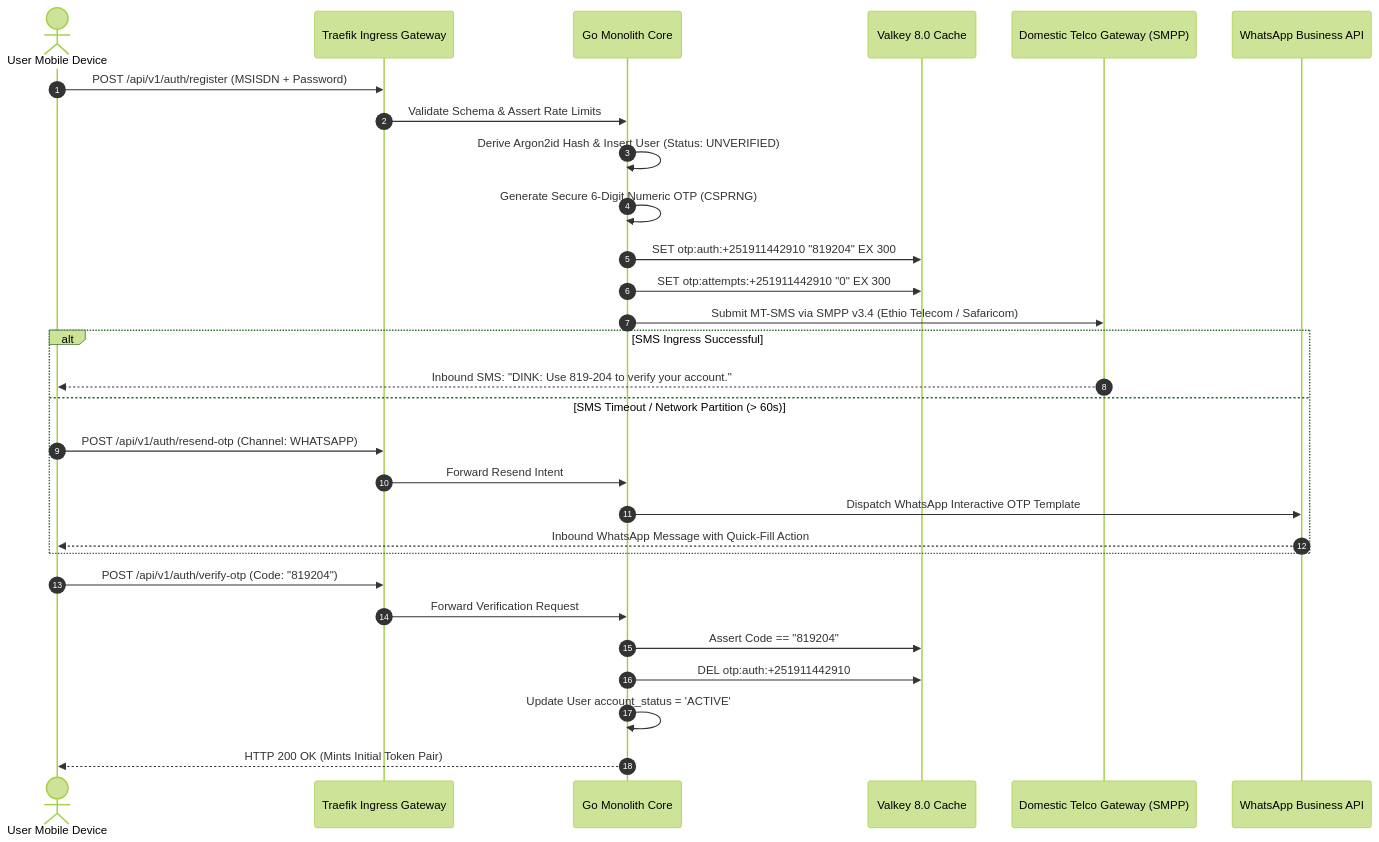
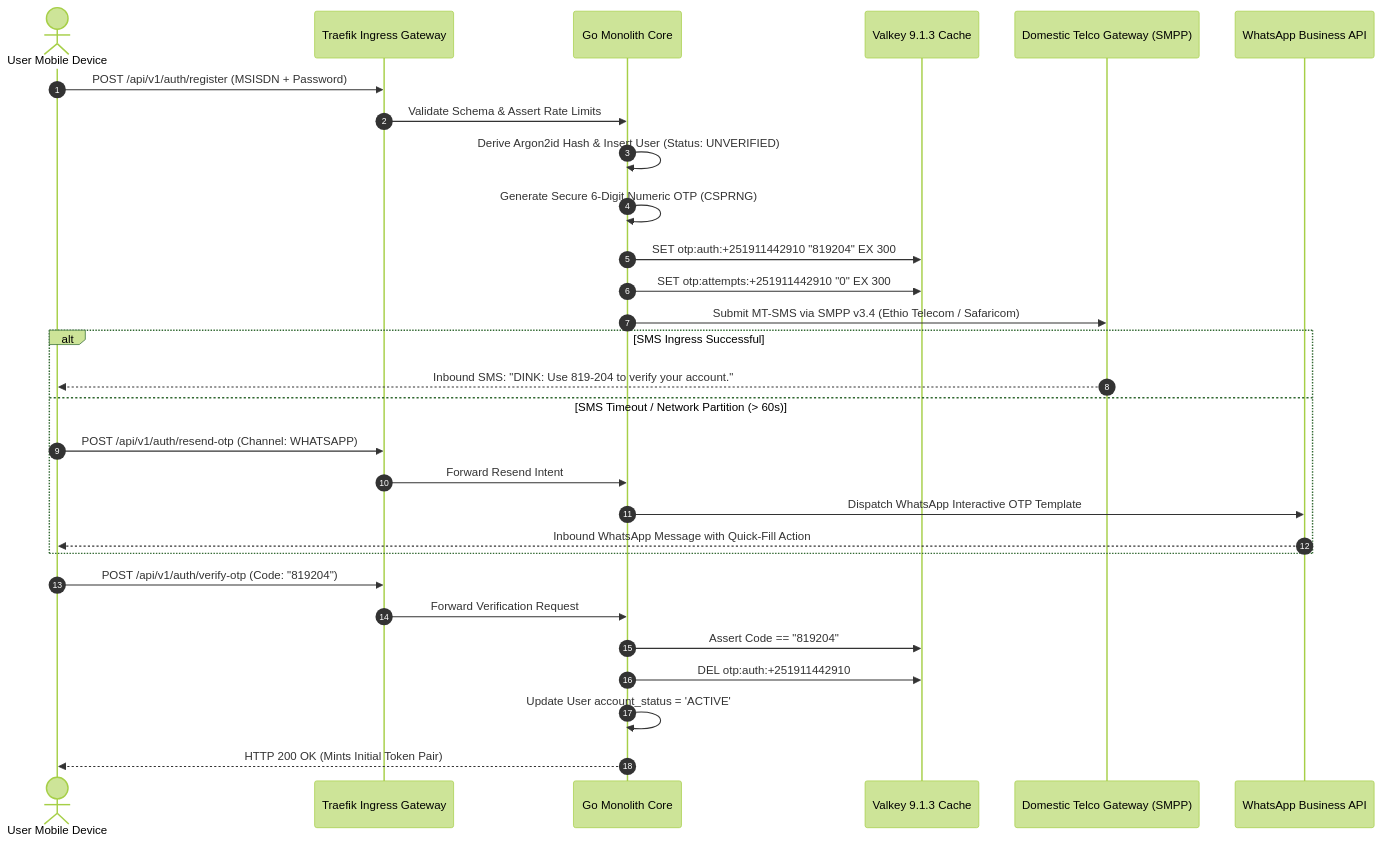
Before and after one commit to YDink/Heavy-Machinery-Logistics-Rental: the second of 4 diagrams in docs/shared/requirements/05-01-registration-authentication.md, drawn with Mermaid (forest theme). The commit also changed other lines of this file and 212 other files, not shown here.

````diff
--- a/docs/shared/requirements/05-01-registration-authentication.md
+++ b/docs/shared/requirements/05-01-registration-authentication.md
@@ -213,36 +213,36 @@
 ```mermaid
 sequenceDiagram
     autonumber
     actor User as User Mobile Device
     participant Gateway as Traefik Ingress Gateway
     participant Monolith as Go Monolith Core
-    participant Valkey as Valkey 8.0 Cache
+    participant Valkey as Valkey 9.1.3 Cache
     participant SMS as Domestic Telco Gateway (SMPP)
     participant WA as WhatsApp Business API
 
     User->>Gateway: POST /api/v1/auth/register (MSISDN + Password)
     Gateway->>Monolith: Validate Schema & Assert Rate Limits
     Monolith->>Monolith: Derive Argon2id Hash & Insert User (Status: UNVERIFIED)
     
     Monolith->>Monolith: Generate Secure 6-Digit Numeric OTP (CSPRNG)
     Monolith->>Valkey: SET otp:auth:+251911442910 "819204" EX 300
     Monolith->>Valkey: SET otp:attempts:+251911442910 "0" EX 300
     
     Monolith->>SMS: Submit MT-SMS via SMPP v3.4 (Ethio Telecom / Safaricom)
     
     alt SMS Ingress Successful
         SMS-->>User: Inbound SMS: "DINK: Use 819-204 to verify your account."
     else SMS Timeout / Network Partition (> 60s)
         User->>Gateway: POST /api/v1/auth/resend-otp (Channel: WHATSAPP)
         Gateway->>Monolith: Forward Resend Intent
         Monolith->>WA: Dispatch WhatsApp Interactive OTP Template
         WA-->>User: Inbound WhatsApp Message with Quick-Fill Action
     end
 
     User->>Gateway: POST /api/v1/auth/verify-otp (Code: "819204")
     Gateway->>Monolith: Forward Verification Request
     Monolith->>Valkey: Assert Code == "819204"
     Monolith->>Valkey: DEL otp:auth:+251911442910
     Monolith->>Monolith: Update User account_status = 'ACTIVE'
     Monolith-->>User: HTTP 200 OK (Mints Initial Token Pair)
 ```
````
